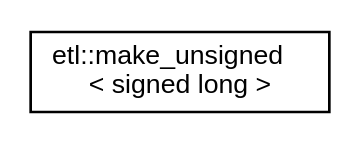
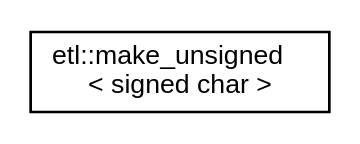
Before and after one commit to tobanteAudio/taetl: the diagram in inherit_graph_47.dot, drawn with Graphviz. The commit also changed 162 other files, not shown here.

```diff
--- a/inherit_graph_47.dot
+++ b/inherit_graph_47.dot
@@ -1,7 +1,7 @@
 digraph "Graphical Class Hierarchy"
 {
   edge [fontname="Helvetica",fontsize="10",labelfontname="Helvetica",labelfontsize="10"];
   node [fontname="Helvetica",fontsize="10",shape=record];
   rankdir="LR";
-  Node0 [label="etl::make_unsigned\l\< signed long \>",height=0.2,width=0.4,color="black", fillcolor="white", style="filled",URL="$structetl_1_1make__unsigned_3_01signed_01long_01_4.html"];
+  Node0 [label="etl::make_unsigned\l\< signed char \>",height=0.2,width=0.4,color="black", fillcolor="white", style="filled",URL="$structetl_1_1make__unsigned_3_01signed_01char_01_4.html"];
 }
```
